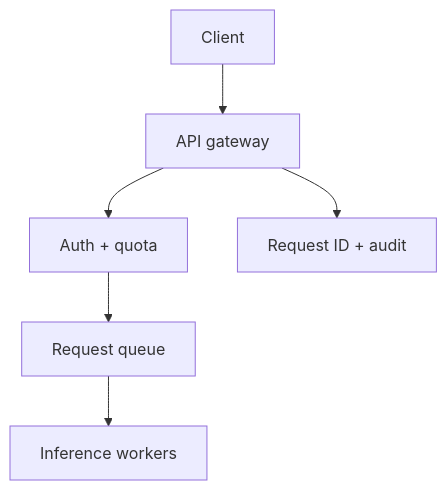
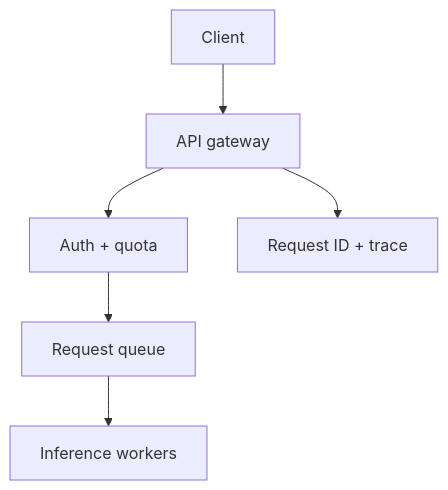
One commit to bvolpato/leetllm changed the first of 2 diagrams in web/src/content/interviewing/ai-lab-system-design-interview/content.md. Above: the diagram before and after it, drawn with Mermaid. The commit also changed other lines of this file and 23 other files, not shown here.

````diff
--- a/web/src/content/interviewing/ai-lab-system-design-interview/content.md
+++ b/web/src/content/interviewing/ai-lab-system-design-interview/content.md
@@ -382,8 +304,8 @@
 ```mermaid
 flowchart TB
     Client["Client"]:::secondary --> Gateway["API gateway"]:::primary
     Gateway --> Auth["Auth + quota"]:::warning
     Auth --> Queue["Request queue"]:::accent
     Queue --> Workers["Inference workers"]:::success
-    Gateway --> Audit["Request ID + audit"]:::muted
+    Gateway --> Trace["Request ID + trace"]:::muted
 ```
````
